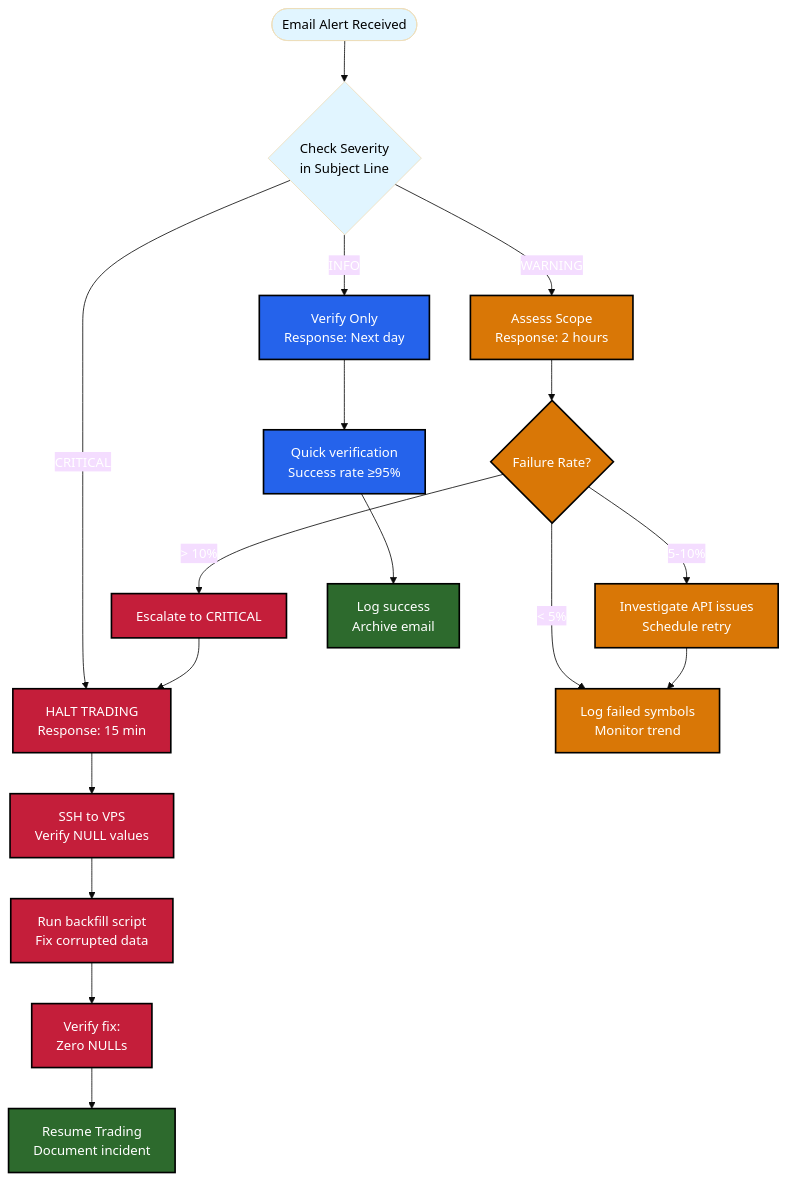
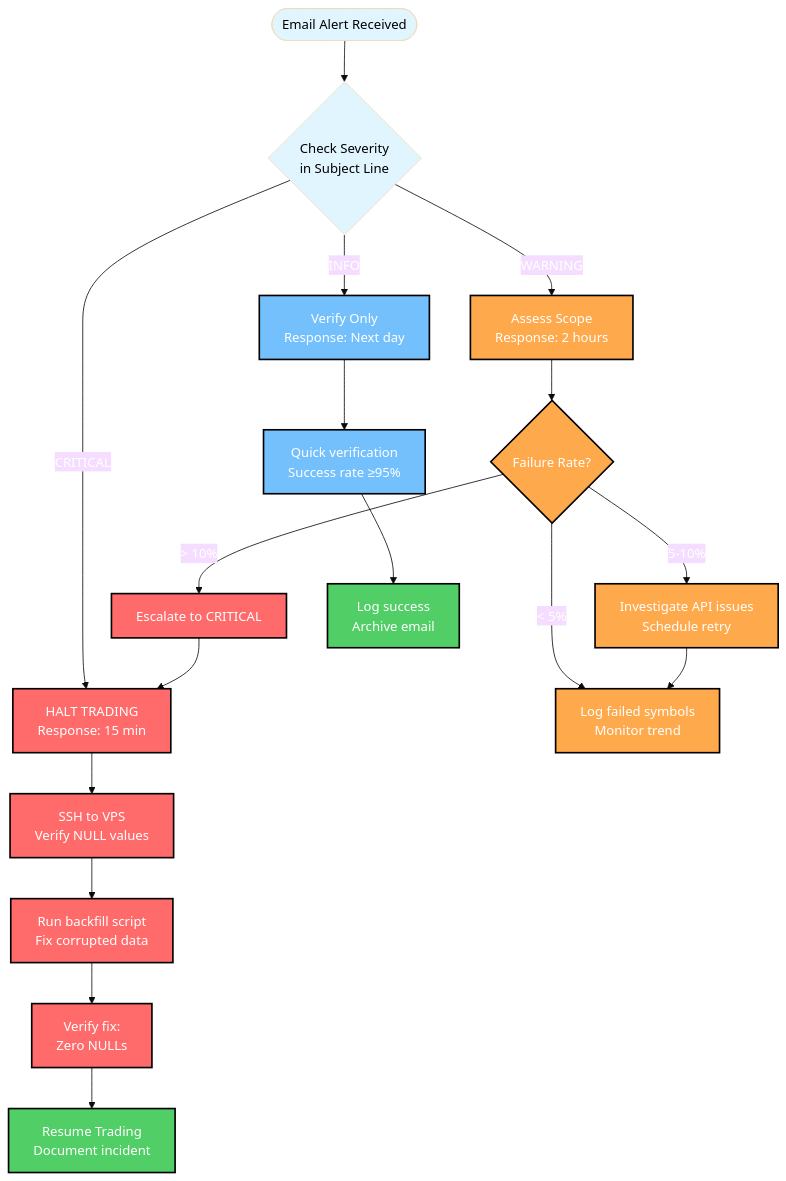
Before and after one commit to ouegy/triple-screen-docs: the diagram in docs/SOPs/SOP-004-email-alert-response.md, drawn with Mermaid. The commit also changed 5 other files, not shown here.

````diff
--- a/docs/SOPs/SOP-004-email-alert-response.md
+++ b/docs/SOPs/SOP-004-email-alert-response.md
@@ -68,40 +68,40 @@
 ```mermaid
 %%{init: {'theme':'base', 'themeVariables': { 'primaryTextColor':'#fff', 'secondaryTextColor':'#fff', 'tertiaryTextColor':'#fff'}}}%%
 graph TD
     Start([Email Alert Received]) --> CheckSeverity{Check Severity<br/>in Subject Line}
 
     %% CRITICAL PATH
     CheckSeverity -->|CRITICAL| Critical[HALT TRADING<br/>Response: 15 min]
     Critical --> SSHVerify[SSH to VPS<br/>Verify NULL values]
     SSHVerify --> RunBackfill[Run backfill script<br/>Fix corrupted data]
     RunBackfill --> VerifyFix[Verify fix:<br/>Zero NULLs]
     VerifyFix --> Resume[Resume Trading<br/>Document incident]
 
     %% WARNING PATH
     CheckSeverity -->|WARNING| Warning[Assess Scope<br/>Response: 2 hours]
     Warning --> CheckRate{Failure Rate?}
     CheckRate -->|< 5%| LogMonitor[Log failed symbols<br/>Monitor trend]
     CheckRate -->|5-10%| Investigate[Investigate API issues<br/>Schedule retry]
     CheckRate -->|> 10%| Escalate[Escalate to CRITICAL]
     Investigate --> LogMonitor
     Escalate --> Critical
 
     %% INFO PATH
     CheckSeverity -->|INFO| Info[Verify Only<br/>Response: Next day]
     Info --> QuickCheck[Quick verification<br/>Success rate ≥95%]
     QuickCheck --> Done[Log success<br/>Archive email]
 
     %% Class definitions with white text
-    classDef redNode fill:#c41e3a,stroke:#000,stroke-width:2px,color:#fff;
-    classDef greenNode fill:#2d6a2d,stroke:#000,stroke-width:2px,color:#fff;
-    classDef orangeNode fill:#d97706,stroke:#000,stroke-width:2px,color:#fff;
-    classDef blueNode fill:#2563eb,stroke:#000,stroke-width:2px,color:#fff;
+    classDef redNode fill:#ff6b6b,stroke:#000,stroke-width:2px,color:#fff;
+    classDef greenNode fill:#51cf66,stroke:#000,stroke-width:2px,color:#fff;
+    classDef orangeNode fill:#ffa94d,stroke:#000,stroke-width:2px,color:#fff;
+    classDef blueNode fill:#74c0fc,stroke:#000,stroke-width:2px,color:#fff;
     classDef lightNode fill:#e1f5ff,color:#000;
 
     %% Apply classes
     class Critical,SSHVerify,RunBackfill,VerifyFix,Escalate redNode
     class Resume,Done greenNode
     class Warning,LogMonitor,Investigate,CheckRate orangeNode
     class Info,QuickCheck blueNode
     class Start,CheckSeverity lightNode
 ```
````
